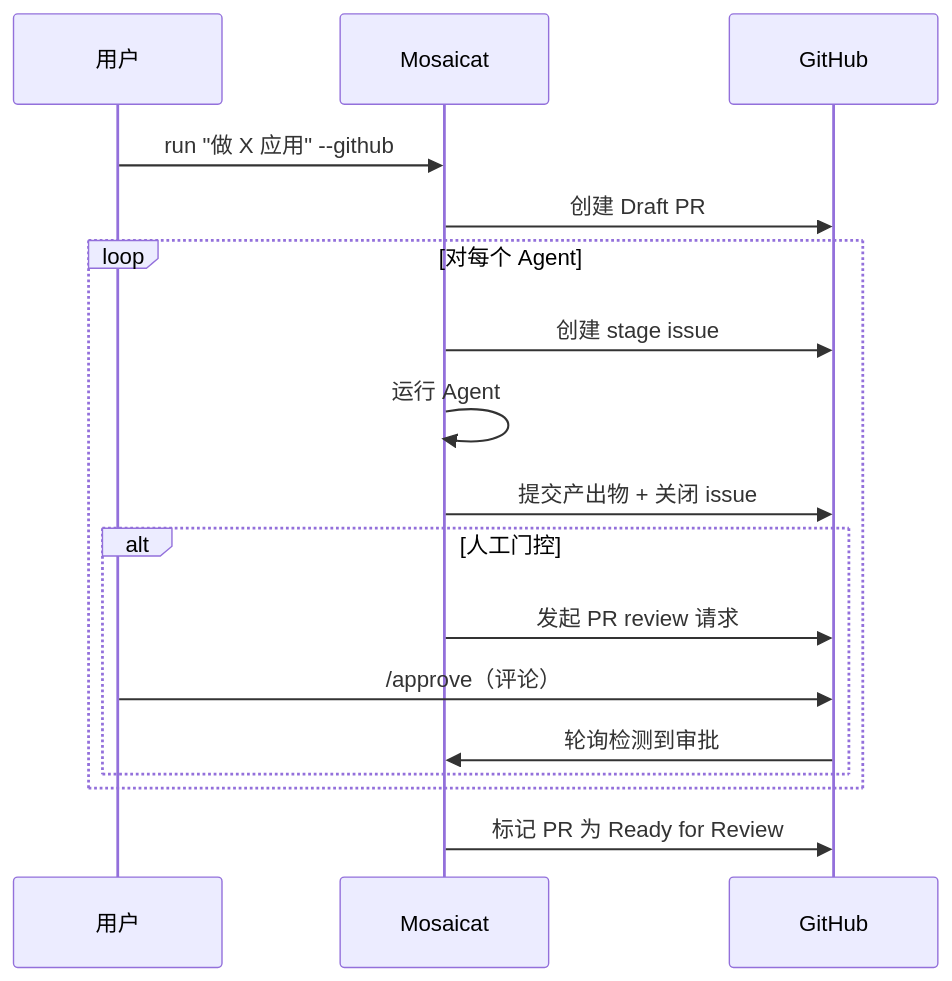
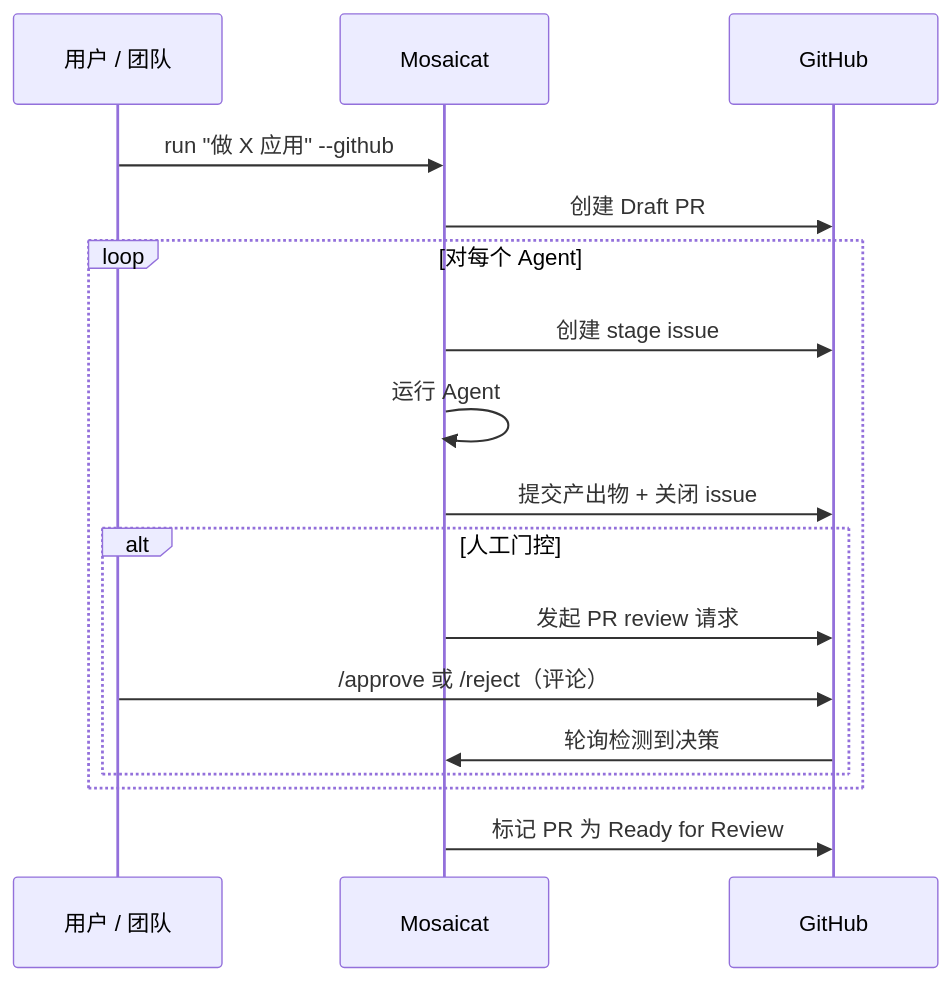
One commit to ZB-ur/mosaicat changed the second of 3 diagrams in README.zh-CN.md. Above: the diagram before and after it, drawn with Mermaid. The commit also changed other lines of this file and 1 other file, not shown here.

````diff
--- a/README.zh-CN.md
+++ b/README.zh-CN.md
@@ -155,20 +195,20 @@
 ```mermaid
 sequenceDiagram
-    participant U as 用户
+    participant U as 用户 / 团队
     participant M as Mosaicat
     participant GH as GitHub
 
     U->>M: run "做 X 应用" --github
     M->>GH: 创建 Draft PR
     loop 对每个 Agent
         M->>GH: 创建 stage issue
         M->>M: 运行 Agent
         M->>GH: 提交产出物 + 关闭 issue
         alt 人工门控
             M->>GH: 发起 PR review 请求
-            U->>GH: /approve（评论）
-            GH->>M: 轮询检测到审批
+            U->>GH: /approve 或 /reject（评论）
+            GH->>M: 轮询检测到决策
         end
     end
     M->>GH: 标记 PR 为 Ready for Review
 ```
````
